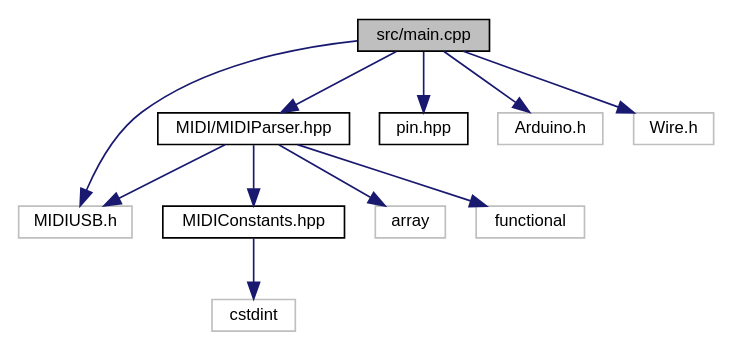
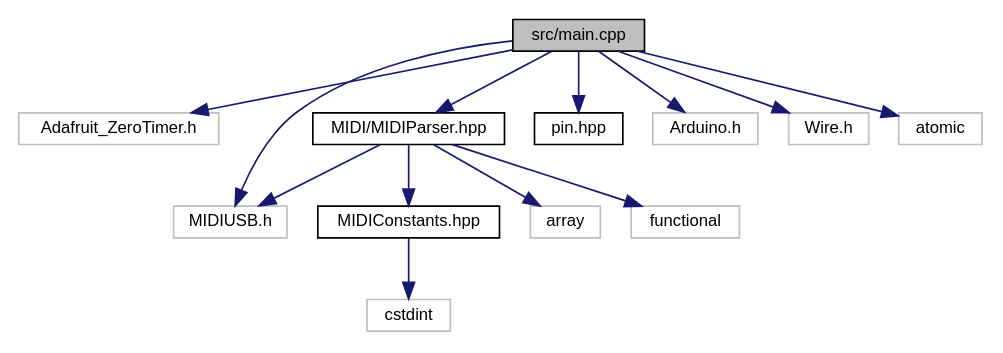
One commit to AkiyukiOkayasu/jade changed the diagram in docs/main_8cpp__incl.dot. Above: the diagram before and after it, drawn with Graphviz. The commit also changed 66 other files, not shown here.

```diff
--- a/docs/main_8cpp__incl.dot
+++ b/docs/main_8cpp__incl.dot
@@ -1,26 +1,30 @@
 digraph "src/main.cpp"
 {
  // LATEX_PDF_SIZE
   edge [fontname="Helvetica",fontsize="10",labelfontname="Helvetica",labelfontsize="10"];
   node [fontname="Helvetica",fontsize="10",shape=record];
   Node1 [label="src/main.cpp",height=0.2,width=0.4,color="black", fillcolor="grey75", style="filled", fontcolor="black",tooltip="jade main"];
   Node1 -> Node2 [color="midnightblue",fontsize="10",style="solid",fontname="Helvetica"];
-  Node2 [label="MIDI/MIDIParser.hpp",height=0.2,width=0.4,color="black", fillcolor="white", style="filled",URL="$_midi_parser_8hpp.html",tooltip="USB-MIDI event parser."];
-  Node2 -> Node3 [color="midnightblue",fontsize="10",style="solid",fontname="Helvetica"];
-  Node3 [label="MIDIConstants.hpp",height=0.2,width=0.4,color="black", fillcolor="white", style="filled",URL="$_midi_constants_8hpp.html",tooltip="Constants about MIDI."];
+  Node2 [label="Adafruit_ZeroTimer.h",height=0.2,width=0.4,color="grey75", fillcolor="white", style="filled",tooltip=" "];
+  Node1 -> Node3 [color="midnightblue",fontsize="10",style="solid",fontname="Helvetica"];
+  Node3 [label="MIDI/MIDIParser.hpp",height=0.2,width=0.4,color="black", fillcolor="white", style="filled",URL="$_midi_parser_8hpp.html",tooltip="USB-MIDI event parser."];
   Node3 -> Node4 [color="midnightblue",fontsize="10",style="solid",fontname="Helvetica"];
-  Node4 [label="cstdint",height=0.2,width=0.4,color="grey75", fillcolor="white", style="filled",tooltip=" "];
-  Node2 -> Node5 [color="midnightblue",fontsize="10",style="solid",fontname="Helvetica"];
-  Node5 [label="MIDIUSB.h",height=0.2,width=0.4,color="grey75", fillcolor="white", style="filled",tooltip=" "];
-  Node2 -> Node6 [color="midnightblue",fontsize="10",style="solid",fontname="Helvetica"];
-  Node6 [label="array",height=0.2,width=0.4,color="grey75", fillcolor="white", style="filled",tooltip=" "];
-  Node2 -> Node7 [color="midnightblue",fontsize="10",style="solid",fontname="Helvetica"];
-  Node7 [label="functional",height=0.2,width=0.4,color="grey75", fillcolor="white", style="filled",tooltip=" "];
-  Node1 -> Node5 [color="midnightblue",fontsize="10",style="solid",fontname="Helvetica"];
-  Node1 -> Node8 [color="midnightblue",fontsize="10",style="solid",fontname="Helvetica"];
-  Node8 [label="pin.hpp",height=0.2,width=0.4,color="black", fillcolor="white", style="filled",URL="$pin_8hpp.html",tooltip="Constants about Seeeduino XAIO GPIO."];
+  Node4 [label="MIDIConstants.hpp",height=0.2,width=0.4,color="black", fillcolor="white", style="filled",URL="$_midi_constants_8hpp.html",tooltip="Constants about MIDI."];
+  Node4 -> Node5 [color="midnightblue",fontsize="10",style="solid",fontname="Helvetica"];
+  Node5 [label="cstdint",height=0.2,width=0.4,color="grey75", fillcolor="white", style="filled",tooltip=" "];
+  Node3 -> Node6 [color="midnightblue",fontsize="10",style="solid",fontname="Helvetica"];
+  Node6 [label="MIDIUSB.h",height=0.2,width=0.4,color="grey75", fillcolor="white", style="filled",tooltip=" "];
+  Node3 -> Node7 [color="midnightblue",fontsize="10",style="solid",fontname="Helvetica"];
+  Node7 [label="array",height=0.2,width=0.4,color="grey75", fillcolor="white", style="filled",tooltip=" "];
+  Node3 -> Node8 [color="midnightblue",fontsize="10",style="solid",fontname="Helvetica"];
+  Node8 [label="functional",height=0.2,width=0.4,color="grey75", fillcolor="white", style="filled",tooltip=" "];
+  Node1 -> Node6 [color="midnightblue",fontsize="10",style="solid",fontname="Helvetica"];
   Node1 -> Node9 [color="midnightblue",fontsize="10",style="solid",fontname="Helvetica"];
-  Node9 [label="Arduino.h",height=0.2,width=0.4,color="grey75", fillcolor="white", style="filled",tooltip=" "];
+  Node9 [label="pin.hpp",height=0.2,width=0.4,color="black", fillcolor="white", style="filled",URL="$pin_8hpp.html",tooltip="Constants about Seeeduino XAIO GPIO."];
   Node1 -> Node10 [color="midnightblue",fontsize="10",style="solid",fontname="Helvetica"];
-  Node10 [label="Wire.h",height=0.2,width=0.4,color="grey75", fillcolor="white", style="filled",tooltip=" "];
+  Node10 [label="Arduino.h",height=0.2,width=0.4,color="grey75", fillcolor="white", style="filled",tooltip=" "];
+  Node1 -> Node11 [color="midnightblue",fontsize="10",style="solid",fontname="Helvetica"];
+  Node11 [label="Wire.h",height=0.2,width=0.4,color="grey75", fillcolor="white", style="filled",tooltip=" "];
+  Node1 -> Node12 [color="midnightblue",fontsize="10",style="solid",fontname="Helvetica"];
+  Node12 [label="atomic",height=0.2,width=0.4,color="grey75", fillcolor="white", style="filled",tooltip=" "];
 }
```
